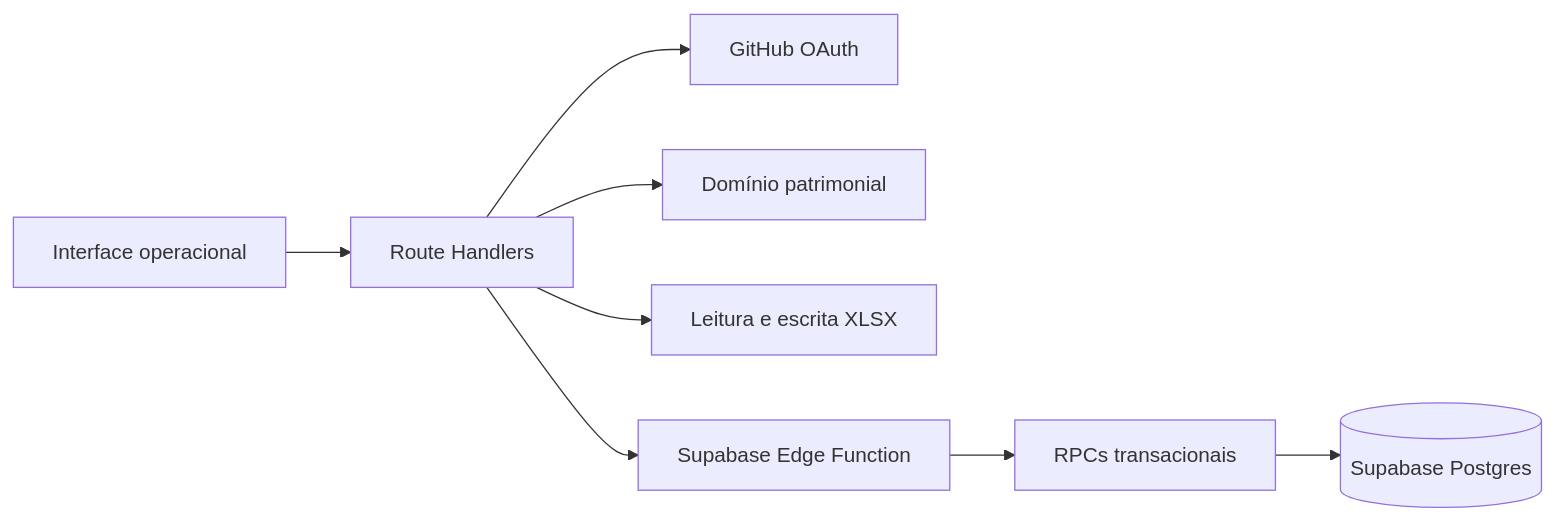
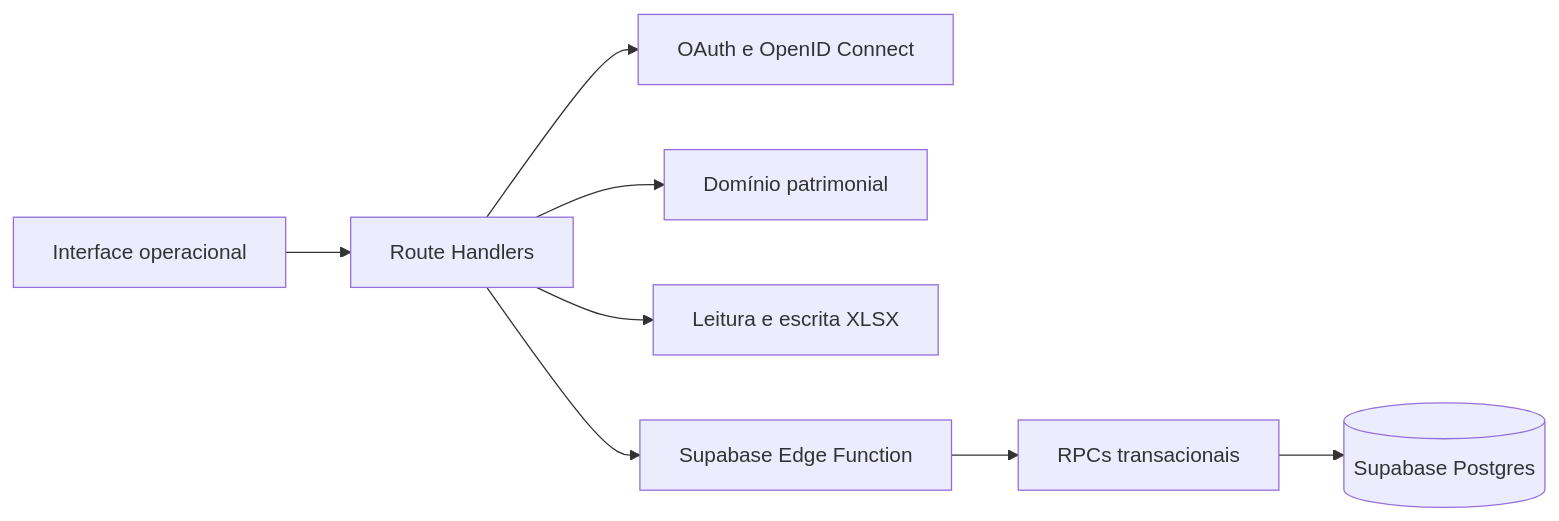
Before and after one commit to Kenjihidehira/patrimonio-ops-control: the diagram in docs/architecture.md, drawn with Mermaid. The commit also changed other lines of this file and 27 other files, not shown here.

Commit message:
feat: adicionar login com GitHub Microsoft e Google

````diff
--- a/docs/architecture.md
+++ b/docs/architecture.md
@@ -5,10 +5,10 @@
 ```mermaid
 flowchart LR
     UI[Interface operacional] --> API[Route Handlers]
-    API --> AUTH[GitHub OAuth]
+    API --> AUTH[OAuth e OpenID Connect]
     API --> DOMAIN[Domínio patrimonial]
     API --> XLSX[Leitura e escrita XLSX]
     API --> GATEWAY[Supabase Edge Function]
     GATEWAY --> RPC[RPCs transacionais]
     RPC --> PG[(Supabase Postgres)]
 ```
````
